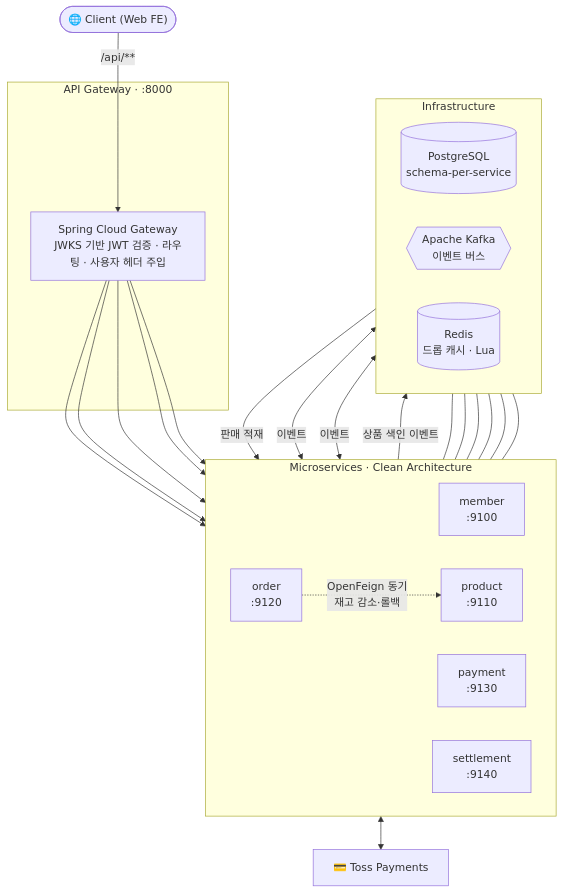
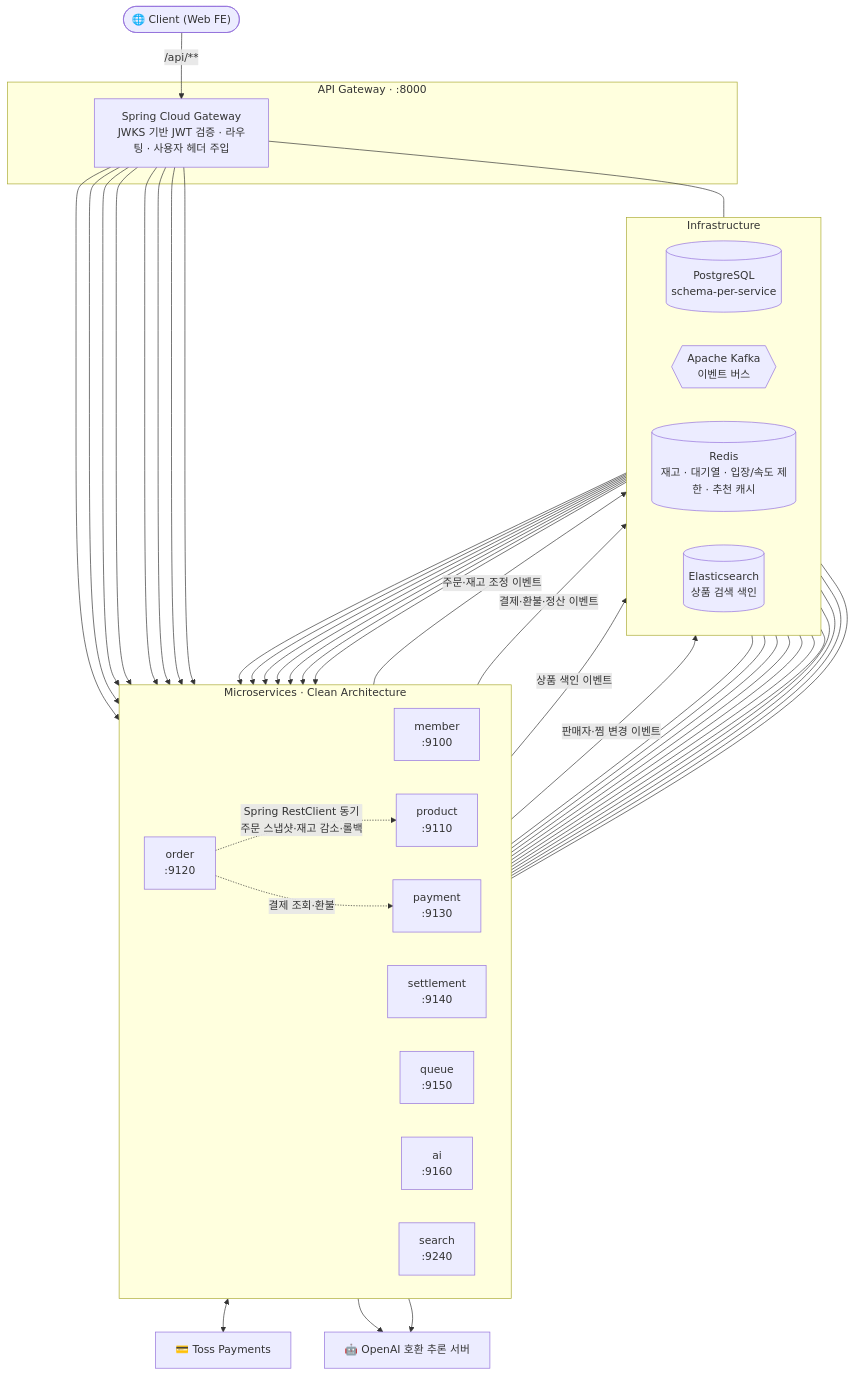
One commit to prgrms-be-adv-devcourse/beadv6_6_Let-sGPT_BE changed the first of 2 diagrams in README.md. Above: the diagram before and after it, drawn with Mermaid. The commit also changed other lines of this file and 25 other files, not shown here.

````diff
--- a/README.md
+++ b/README.md
@@ -38,39 +38,48 @@
 ```mermaid
 flowchart TB
     Client(["🌐 Client (Web FE)"])
 
     subgraph GW["API Gateway · :8000"]
         G["Spring Cloud Gateway<br/>JWKS 기반 JWT 검증 · 라우팅 · 사용자 헤더 주입"]
     end
 
     subgraph SVC["Microservices · Clean Architecture"]
         direction LR
         M["member<br/>:9100"]
         P["product<br/>:9110"]
         O["order<br/>:9120"]
         PAY["payment<br/>:9130"]
         S["settlement<br/>:9140"]
+        Q["queue<br/>:9150"]
+        AI["ai<br/>:9160"]
+        SEARCH["search<br/>:9240"]
     end
 
     subgraph INFRA["Infrastructure"]
         direction LR
         DB[("PostgreSQL<br/>schema-per-service")]
         K{{"Apache Kafka<br/>이벤트 버스"}}
-        R[("Redis<br/>드롭 캐시 · Lua")]
+        R[("Redis<br/>재고 · 대기열 · 입장/속도 제한 · 추천 캐시")]
+        ES[("Elasticsearch<br/>상품 검색 색인")]
     end
 
     TOSS["💳 Toss Payments"]
+    INFERENCE["🤖 OpenAI 호환 추론 서버"]
 
     Client -->|/api/**| G
-    G --> M & P & O & PAY & S
+    G --> M & P & O & PAY & S & Q & SEARCH & AI
 
-    O -.->|OpenFeign 동기<br/>재고 감소·롤백| P
-    O <-->|이벤트| K
-    PAY <-->|이벤트| K
+    O -.->|Spring RestClient 동기<br/>주문 스냅샷·재고 감소·롤백| P
+    O -.->|결제 조회·환불| PAY
+    O -->|주문·재고 조정 이벤트| K
+    PAY -->|결제·환불·정산 이벤트| K
     P -->|상품 색인 이벤트| K
-    K -->|판매 적재| S
+    M -->|판매자·찜 변경 이벤트| K
+    K --> O & PAY & P & S & Q & SEARCH & AI
 
-    P --- R
-    M & P & O & PAY & S --- DB
+    G & P & Q & AI --- R
+    SEARCH --- ES
+    M & P & O & PAY & S & SEARCH & AI --- DB
     PAY <--> TOSS
+    SEARCH & AI --> INFERENCE
 ```
````
